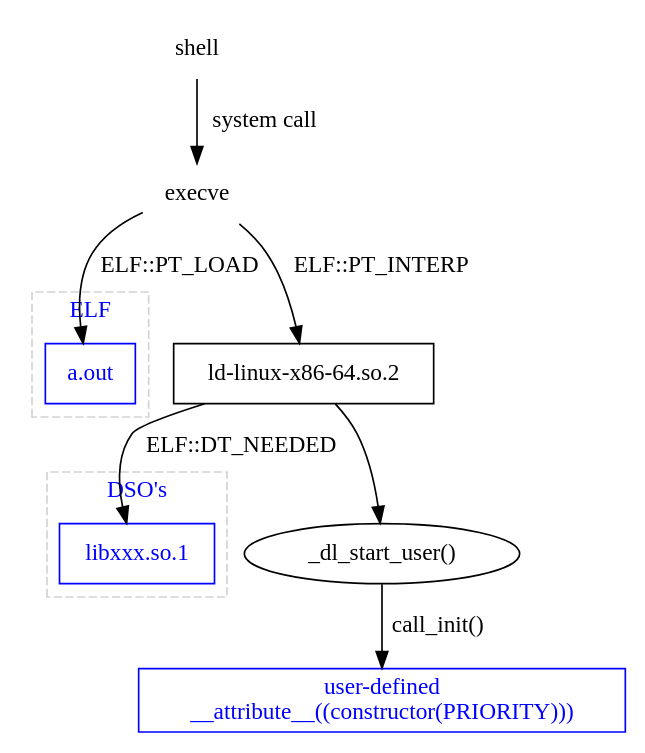
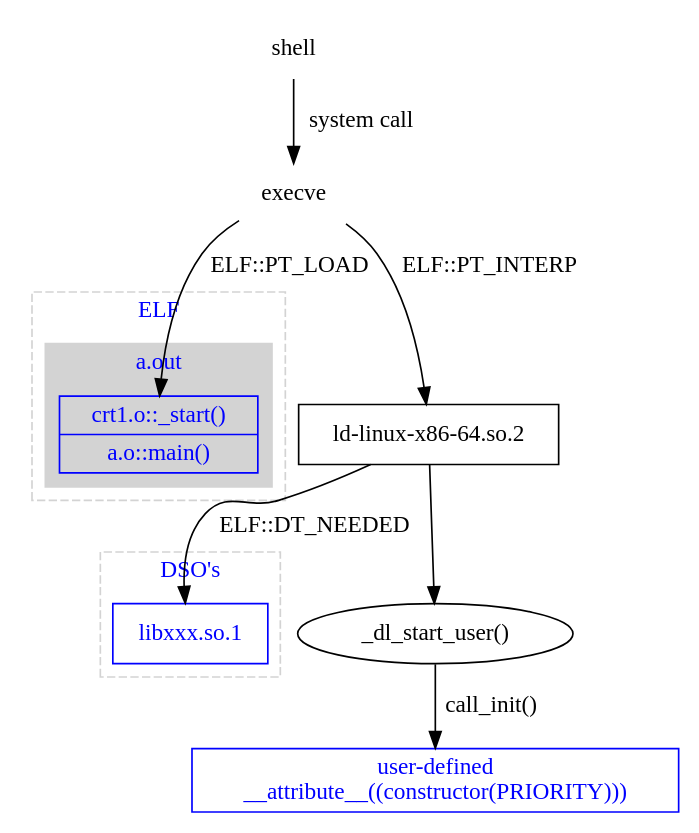
Before and after one commit to lucmann/lucmann.github.io: the diagram in source/images/build/execve.dot, drawn with Graphviz. The commit also changed 5 other files, not shown here.

Commit message:
utils: _start() calls __libc_start_main()

```diff
--- a/source/images/build/execve.dot
+++ b/source/images/build/execve.dot
@@ -1,37 +1,45 @@
 digraph G {
     {node [shape=plaintext] "shell"};
     {node [shape=plaintext] "execve"};
     subgraph cluster_elf {
         label="ELF";
         fontcolor=blue;
         style=dashed;
         color=lightgrey;
         node [color=blue, fontcolor=blue];
         edge [color=blue, fontcolor=blue];
 
-        {node [shape=box, label="a.out"] "Executable"};
+        subgraph cluster_aout {
+            label="a.out";
+            style=filled;
+            fontcolor=blue;
+            node [color=blue, fontcolor=blue];
+            edge [color=blue, fontcolor=blue];
+
+            {node [shape=record, label="{crt1.o::_start()|a.o::main()}"] "obj"};
+        }
     }
 
     {node [shape=box, label="ld-linux-x86-64.so.2"] "Interpreter"};
 
     subgraph cluster_dso {
         label="DSO's";
         fontcolor=blue;
         style=dashed;
         color=lightgrey;
         node [color=blue, fontcolor=blue];
         edge [color=blue, fontcolor=blue];
 
         {node [shape=box, label="libxxx.so.1"] "dso_1"};
     }
 
     user_ctor [shape=box, label="user-defined\n__attribute__((constructor(PRIORITY)))",
                color=blue, fontcolor=blue];
 
     "shell" -> "execve" [label="system call"];
-    "execve" -> "Executable" [label="ELF::PT_LOAD"];
+    "execve" -> "obj" [label="ELF::PT_LOAD"];
     "execve" -> "Interpreter" [label="ELF::PT_INTERP"];
     "Interpreter" -> "_dl_start_user()";
     "_dl_start_user()" -> user_ctor [label="call_init()"];
     "Interpreter" -> "dso_1" [label="ELF::DT_NEEDED"];
 }
```
